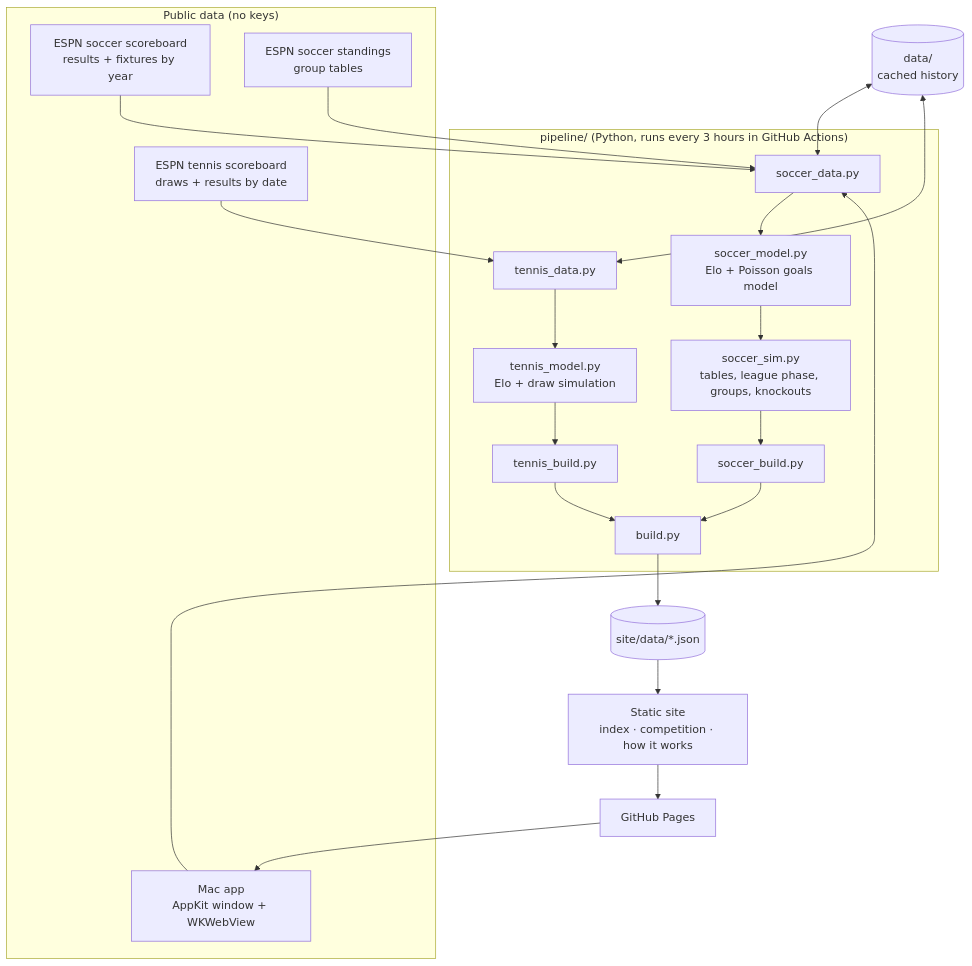
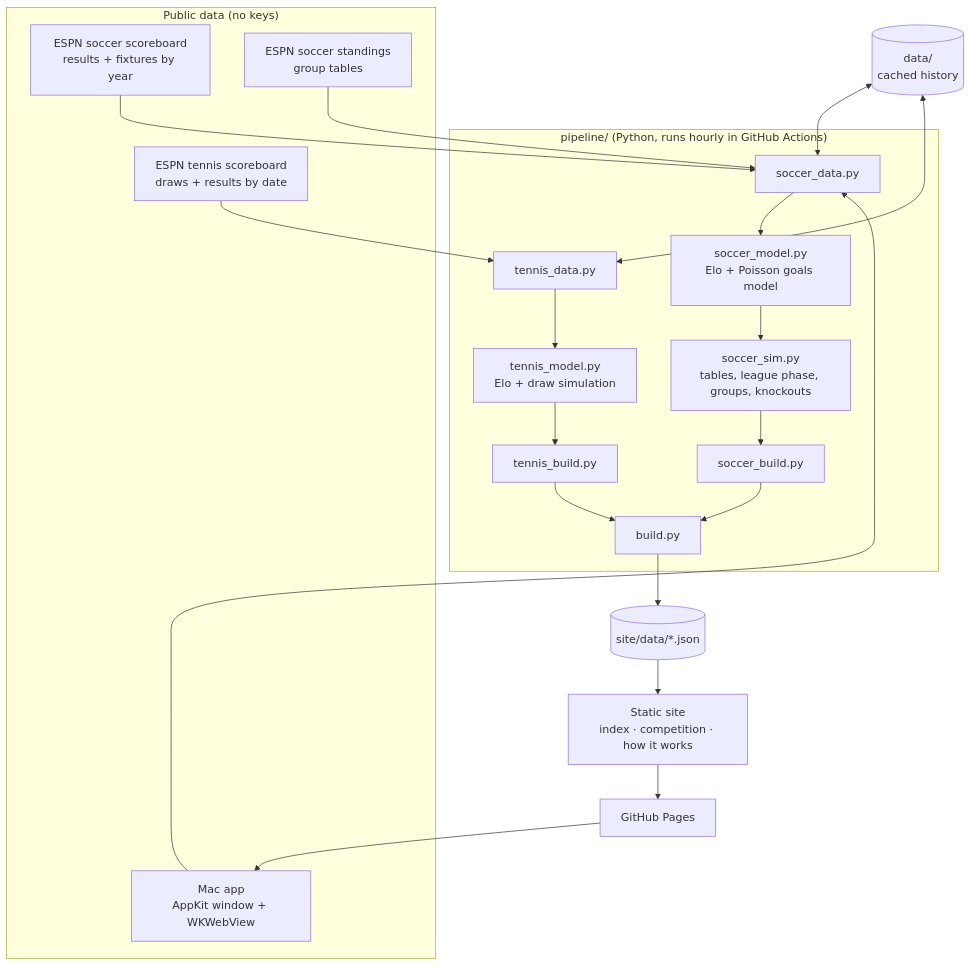
The diagram in docs/SYSTEM-DESIGN.md (amalmehta/SportsPred), drawn with Mermaid before and after one commit. The commit also changed other lines of this file and 21 other files, not shown here.

````diff
--- a/docs/SYSTEM-DESIGN.md
+++ b/docs/SYSTEM-DESIGN.md
@@ -7,28 +7,28 @@
 ```mermaid
 flowchart TD
   subgraph Sources["Public data (no keys)"]
     E1[ESPN soccer scoreboard<br/>results + fixtures by year]
     E2[ESPN soccer standings<br/>group tables]
     E3[ESPN tennis scoreboard<br/>draws + results by date]
     M[martj42 international results CSV]
   end
-  subgraph Pipeline["pipeline/ (Python, runs every 3 hours in GitHub Actions)"]
+  subgraph Pipeline["pipeline/ (Python, runs hourly in GitHub Actions)"]
     D1[soccer_data.py] --> S1[soccer_model.py<br/>Elo + Poisson goals model]
     D2[tennis_data.py] --> T1[tennis_model.py<br/>Elo + draw simulation]
     S1 --> S2[soccer_sim.py<br/>tables, league phase, groups, knockouts]
     S2 --> B1[soccer_build.py]
     T1 --> B2[tennis_build.py]
     B1 --> B[build.py]
     B2 --> B
   end
   Cache[(data/<br/>cached history)] <--> D1
   Cache <--> D2
   E1 --> D1
   E2 --> D1
   M --> D1
   E3 --> D2
   B --> J[(site/data/*.json)]
   J --> W[Static site<br/>index · competition · how it works]
   W --> P[GitHub Pages]
   P --> M[Mac app<br/>AppKit window + WKWebView]
 ```
````
